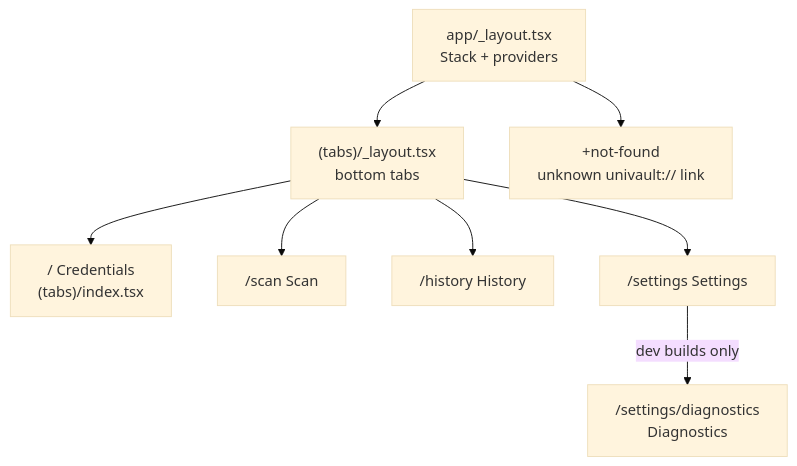
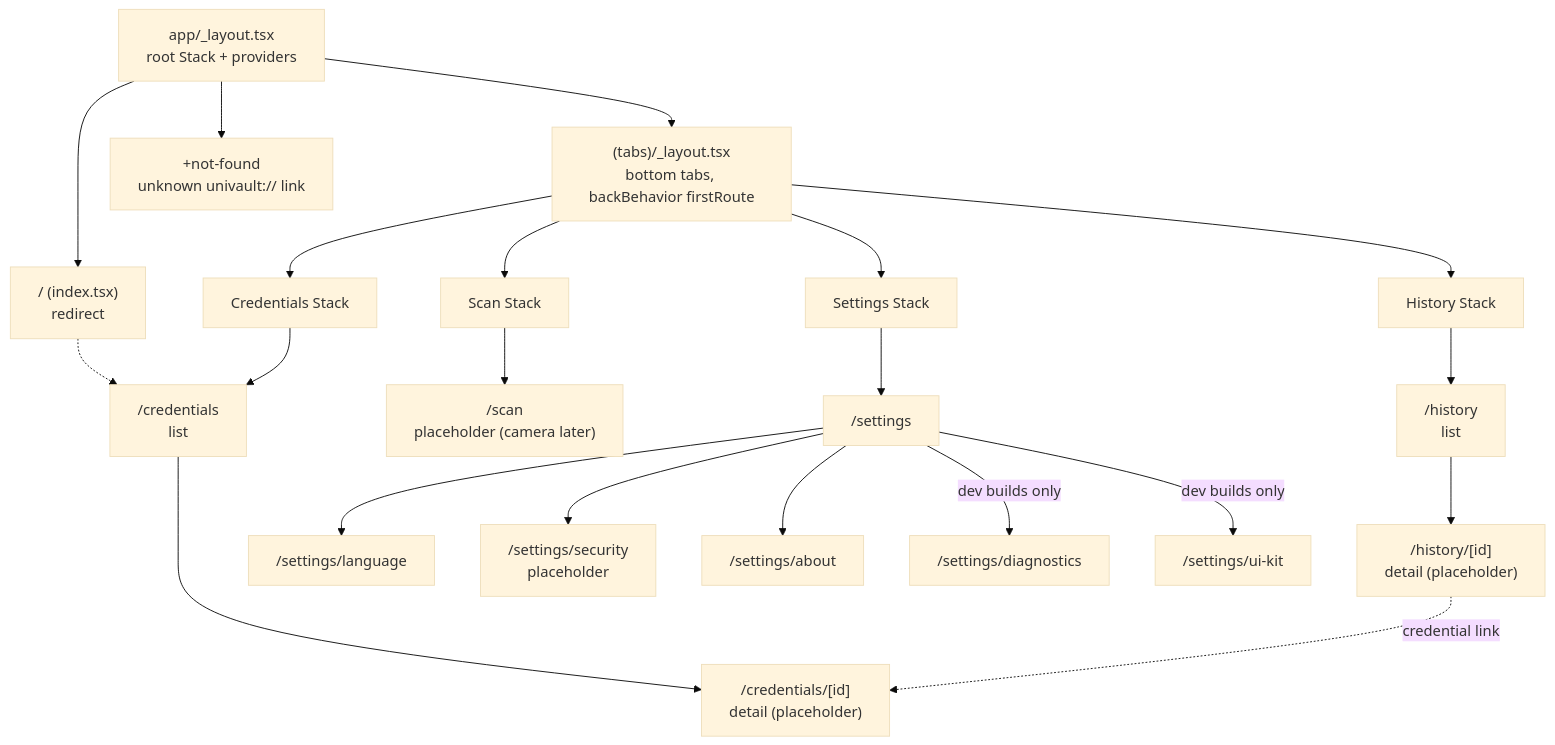
One commit to Thisathgeemal/UniVault changed the diagram in docs/frontend/mobile-wallet.md. Above: the diagram before and after it, drawn with Mermaid (base theme). The commit also changed other lines of this file and 199 other files, not shown here.

````diff
--- a/docs/frontend/mobile-wallet.md
+++ b/docs/frontend/mobile-wallet.md
@@ -52,10 +61,23 @@
 ```mermaid
 flowchart TD
-  Root["app/_layout.tsx<br/>Stack + providers"] --> Tabs["(tabs)/_layout.tsx<br/>bottom tabs"]
-  Tabs --> C["/ Credentials<br/>(tabs)/index.tsx"]
-  Tabs --> S["/scan Scan"]
-  Tabs --> H["/history History"]
-  Tabs --> SET["/settings Settings"]
-  SET -- "dev builds only" --> D["/settings/diagnostics<br/>Diagnostics"]
+  Root["app/_layout.tsx<br/>root Stack + providers"] --> Index["/ (index.tsx)<br/>redirect"]
+  Index -.-> CL
+  Root --> Tabs["(tabs)/_layout.tsx<br/>bottom tabs, backBehavior firstRoute"]
   Root --> NF["+not-found<br/>unknown univault:// link"]
+
+  Tabs --> CS["Credentials Stack"]
+  Tabs --> SS["Scan Stack"]
+  Tabs --> HS["History Stack"]
+  Tabs --> ST["Settings Stack"]
+
+  CS --> CL["/credentials<br/>list"] --> CD["/credentials/[id]<br/>detail (placeholder)"]
+  SS --> SC["/scan<br/>placeholder (camera later)"]
+  HS --> HL["/history<br/>list"] --> HD["/history/[id]<br/>detail (placeholder)"]
+  HD -. "credential link" .-> CD
+  ST --> SI["/settings"]
+  SI --> LA["/settings/language"]
+  SI --> SE["/settings/security<br/>placeholder"]
+  SI --> AB["/settings/about"]
+  SI -- "dev builds only" --> DI["/settings/diagnostics"]
+  SI -- "dev builds only" --> UK["/settings/ui-kit"]
 ```
````
